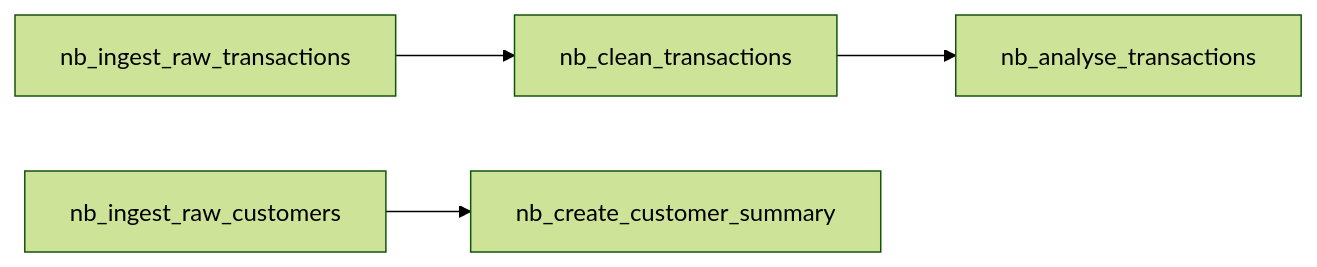
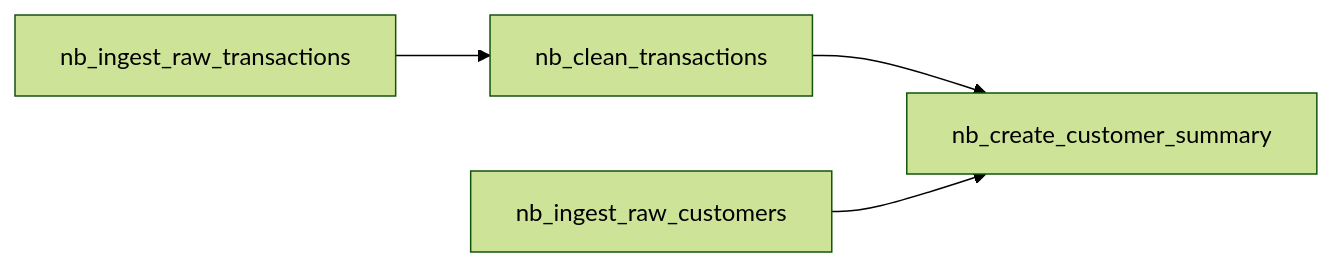
Before and after one commit to jorvik-io/jorvik: the diagram in examples/databricks/transactions/README.md, drawn with Mermaid (forest theme).

Commit message:
update DAG

````diff
--- a/examples/databricks/transactions/README.md
+++ b/examples/databricks/transactions/README.md
@@ -5,5 +5,5 @@
 ```mermaid
 graph LR;
-  nb_ingest_raw_transactions --> nb_clean_transactions --> nb_analyse_transactions
+  nb_ingest_raw_transactions --> nb_clean_transactions --> nb_create_customer_summary
   nb_ingest_raw_customers --> nb_create_customer_summary
 ```
````
